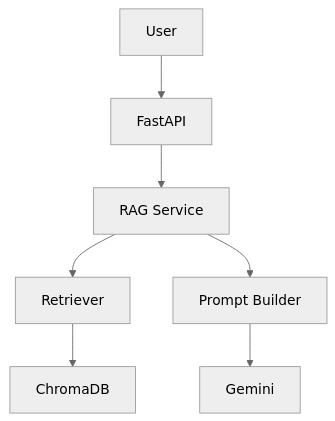
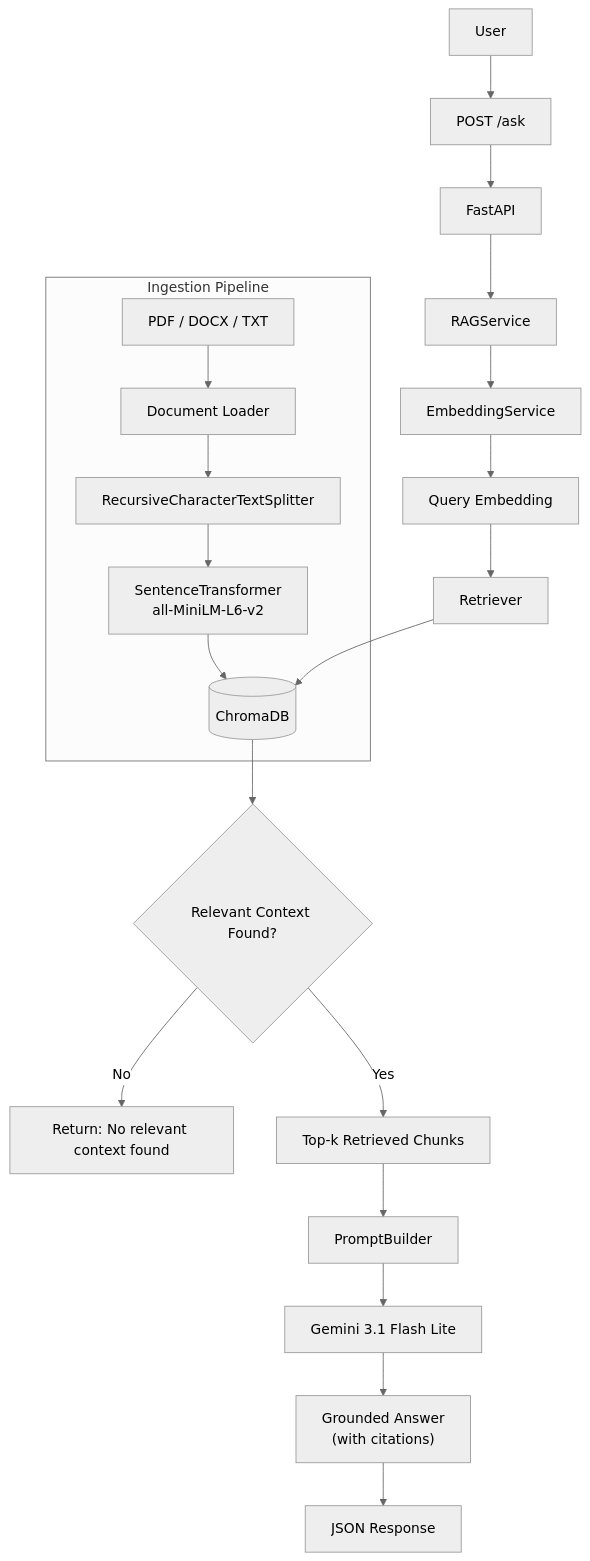
One commit to jayant-abhinav/genai-engineering-assignment changed the first of 3 diagrams in README.md. Above: the diagram before and after it, drawn with Mermaid (neutral theme). The commit also changed other lines of this file and 3 other files, not shown here.

````diff
--- a/README.md
+++ b/README.md
@@ -91,24 +93,40 @@
 ```mermaid
 flowchart TD
 
-A[User]
+    A[User]
+    A --> B["POST /ask"]
+    B --> C[FastAPI]
+    C --> D[RAGService]
+    D --> E[EmbeddingService]
+    E --> F["Query Embedding"]
+    F --> G[Retriever]
 
-B[FastAPI]
+    subgraph Ingestion_Pipeline["Ingestion Pipeline"]
+        H["PDF / DOCX / TXT"]
+        I[Document Loader]
+        J[RecursiveCharacterTextSplitter]
+        K["SentenceTransformer<br/>all-MiniLM-L6-v2"]
+        L[(ChromaDB)]
 
-C[RAG Service]
+        H --> I
+        I --> J
+        J --> K
+        K --> L
+    end
 
-D[Retriever]
+    G --> L
 
-E[Prompt Builder]
+    L --> M{"Relevant Context Found?"}
 
-F[Gemini]
+    M -- No --> N["Return: No relevant context found"]
 
-G[ChromaDB]
+    M -- Yes --> O["Top-k Retrieved Chunks"]
 
-A --> B
-B --> C
-C --> D
-C --> E
-D --> G
-E --> F
+    O --> P[PromptBuilder]
+
+    P --> Q["Gemini 3.1 Flash Lite"]
+
+    Q --> R["Grounded Answer<br/>(with citations)"]
+
+    R --> S["JSON Response"]
 ```
````
